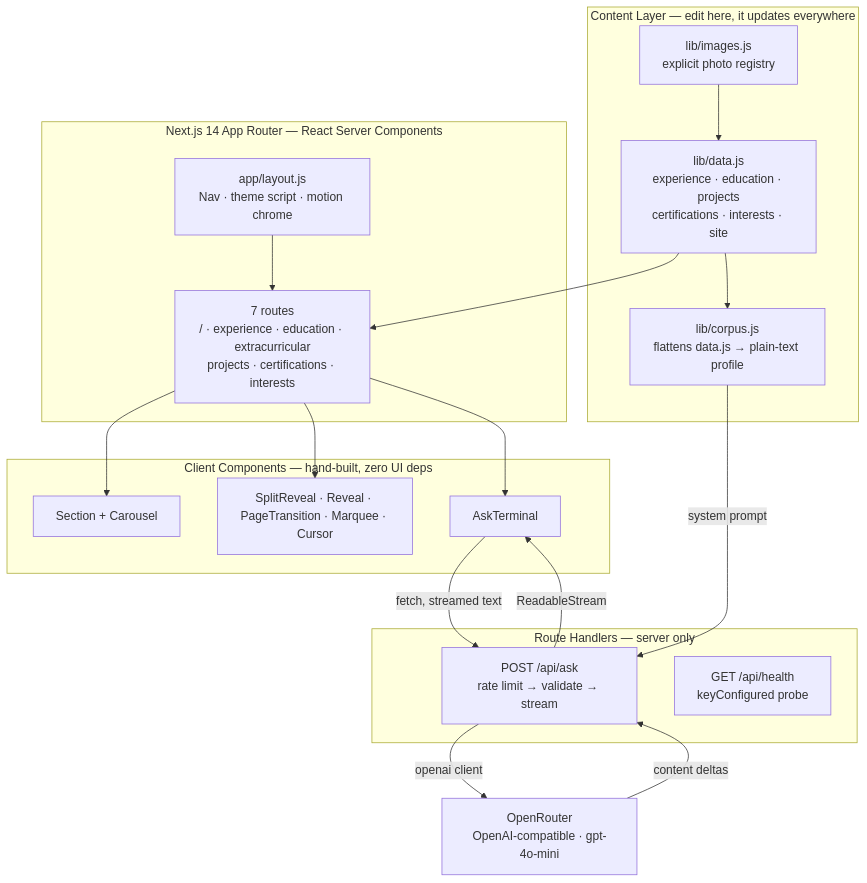
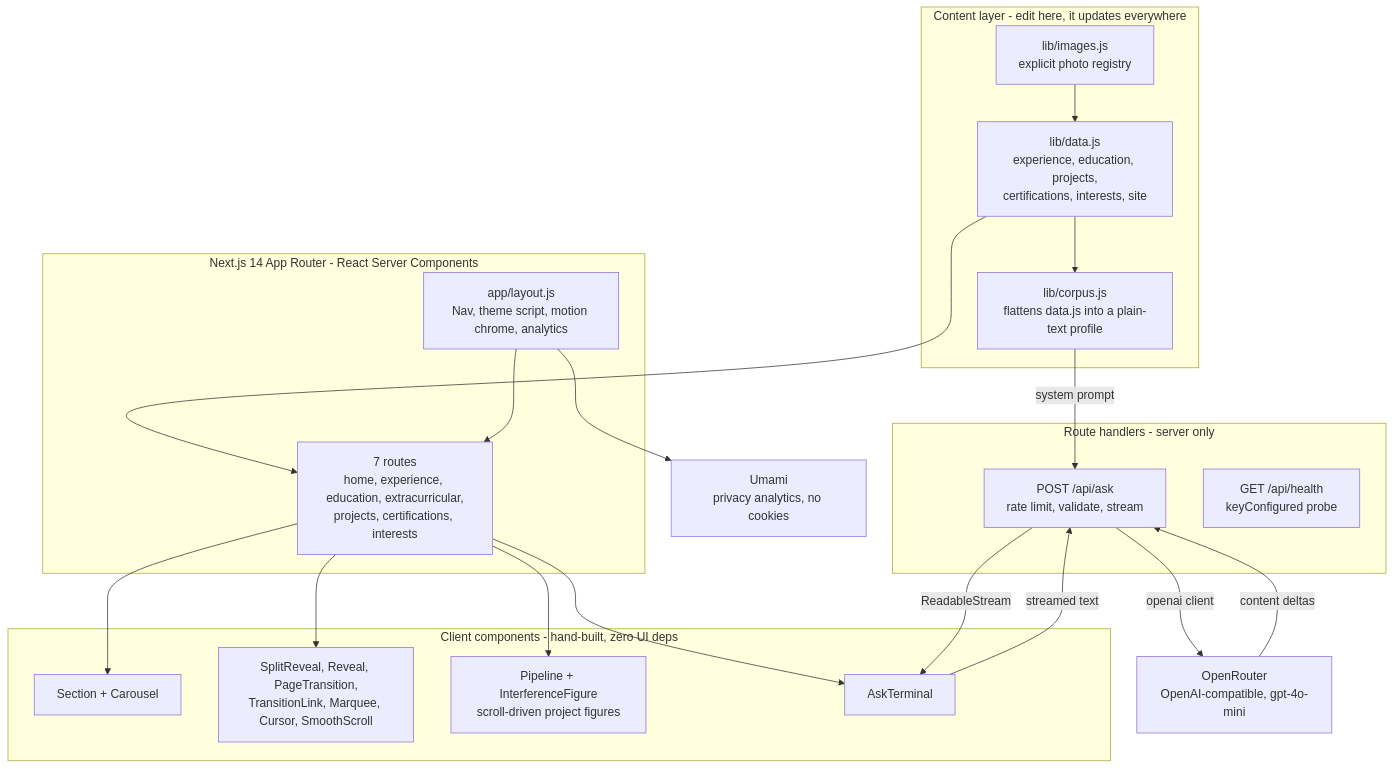
One commit to nidhipoojari/Portfolio-Website changed the diagram in README.md. Above: the diagram before and after it, drawn with Mermaid. The commit also changed 1 other file, not shown here.

Commit message:
Fix architecture diagram rendering, drop unused phone field

````diff
--- a/README.md
+++ b/README.md
@@ -128,35 +128,39 @@
 ```mermaid
-graph TD
-    subgraph CONTENT ["Content Layer — edit here, it updates everywhere"]
-        D["lib/data.js<br/>experience · education · projects<br/>certifications · interests · site"]
+flowchart TD
+    subgraph content["Content layer - edit here, it updates everywhere"]
+        D["lib/data.js<br/>experience, education, projects,<br/>certifications, interests, site"]
         I["lib/images.js<br/>explicit photo registry"]
-        C["lib/corpus.js<br/>flattens data.js → plain-text profile"]
+        C["lib/corpus.js<br/>flattens data.js into a plain-text profile"]
     end
-    subgraph APP ["Next.js 14 App Router — React Server Components"]
-        L["app/layout.js<br/>Nav · theme script · motion chrome"]
-        R["7 routes<br/>/ · experience · education · extracurricular<br/>projects · certifications · interests"]
+    subgraph app["Next.js 14 App Router - React Server Components"]
+        L["app/layout.js<br/>Nav, theme script, motion chrome, analytics"]
+        R["7 routes<br/>home, experience, education, extracurricular,<br/>projects, certifications, interests"]
     end
-    subgraph UI ["Client Components — hand-built, zero UI deps"]
+    subgraph ui["Client components - hand-built, zero UI deps"]
         S["Section + Carousel"]
-        M["SplitReveal · Reveal · PageTransition · Marquee · Cursor"]
+        M["SplitReveal, Reveal, PageTransition,<br/>TransitionLink, Marquee, Cursor, SmoothScroll"]
+        F["Pipeline + InterferenceFigure<br/>scroll-driven project figures"]
         T["AskTerminal"]
     end
-    subgraph API ["Route Handlers — server only"]
-        RT["POST /api/ask<br/>rate limit → validate → stream"]
+    subgraph api["Route handlers - server only"]
+        RT["POST /api/ask<br/>rate limit, validate, stream"]
         H["GET /api/health<br/>keyConfigured probe"]
     end
-    CL["OpenRouter<br/>OpenAI-compatible · gpt-4o-mini"]
+    CL["OpenRouter<br/>OpenAI-compatible, gpt-4o-mini"]
+    UM["Umami<br/>privacy analytics, no cookies"]
 
-    D --> R
     I --> D
     D --> C
+    D --> R
     L --> R
     R --> S
     R --> M
+    R --> F
     R --> T
-    T -->|"fetch, streamed text"| RT
-    C -->|"system prompt"| RT
-    RT -->|"openai client"| CL
-    CL -->|"content deltas"| RT
-    RT -->|"ReadableStream"| T
+    L --> UM
+    T -->|streamed text| RT
+    C -->|system prompt| RT
+    RT -->|openai client| CL
+    CL -->|content deltas| RT
+    RT -->|ReadableStream| T
 ```
````
